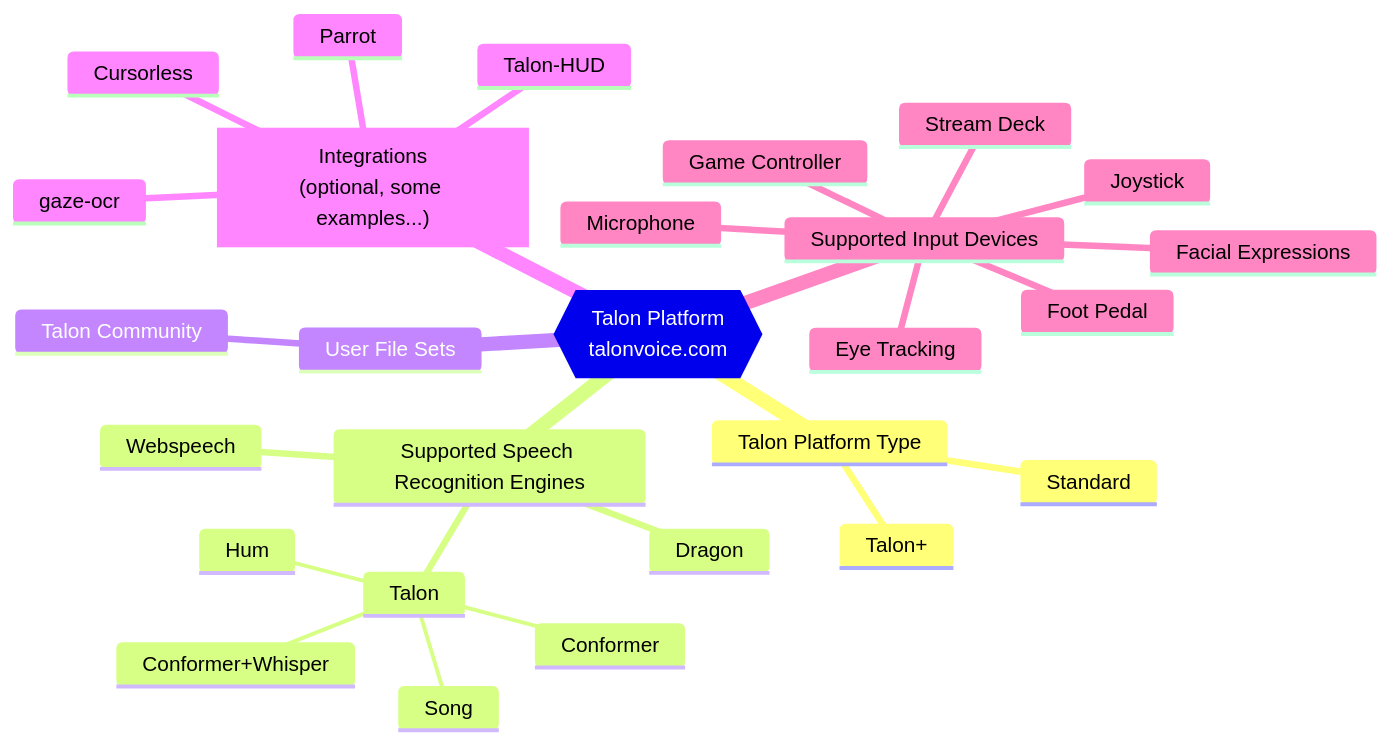
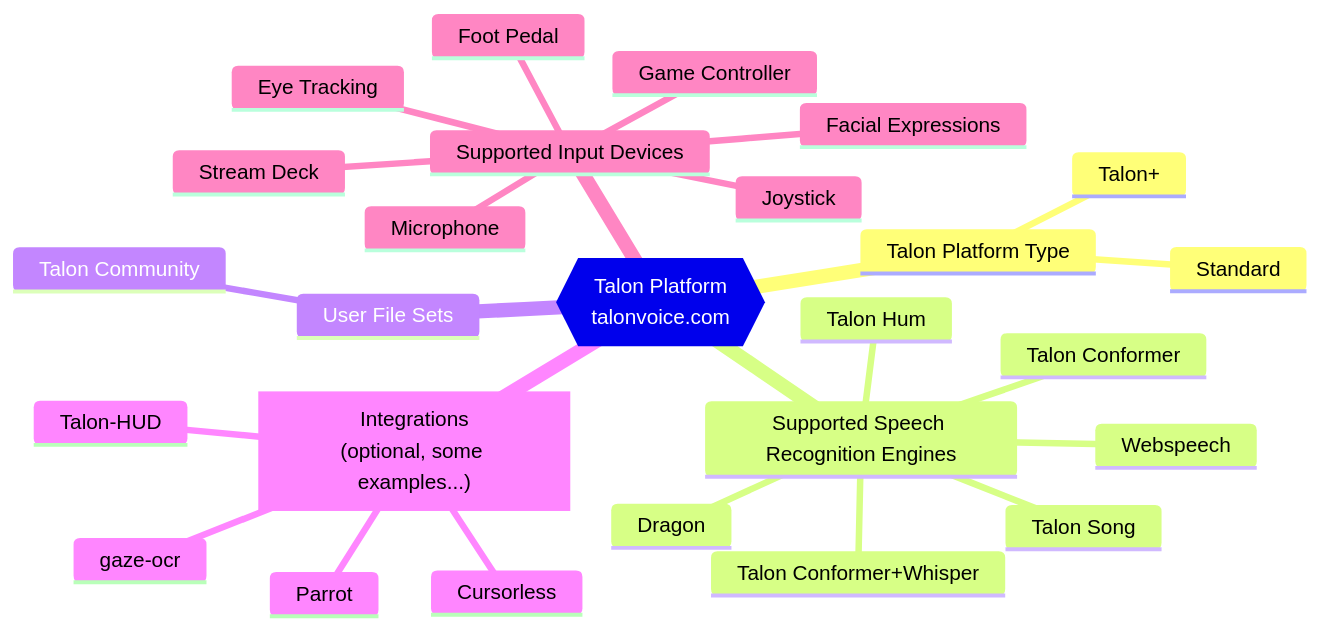
One commit to TalonCommunity/Wiki changed the diagram in src/pages/index.md. Above: the diagram before and after it, drawn with Mermaid.

Commit message:
Simplify mind map

````diff
--- a/src/pages/index.md
+++ b/src/pages/index.md
@@ -13,32 +13,31 @@
 ```mermaid
 mindmap
   root{{"Talon Platform<br/>talonvoice.com"}}
     Talon Platform Type
       Standard
       Talon+
     Supported Speech Recognition Engines
-      Talon
-        Conformer
-        Song
-        Hum
-        Conformer+Whisper
+      Talon Conformer
+      Talon Song
+      Talon Hum
+      Talon Conformer+Whisper
       Webspeech
       Dragon
     User File Sets
       Talon Community
     integrations["Integrations
         (optional, some examples...)"]
       gaze-ocr
       Cursorless
       Parrot
       Talon-HUD
     Supported Input Devices
       Microphone
       Eye Tracking
       Game Controller
       Foot Pedal
       Joystick
       Facial Expressions
       Stream Deck
 
 ```
````
